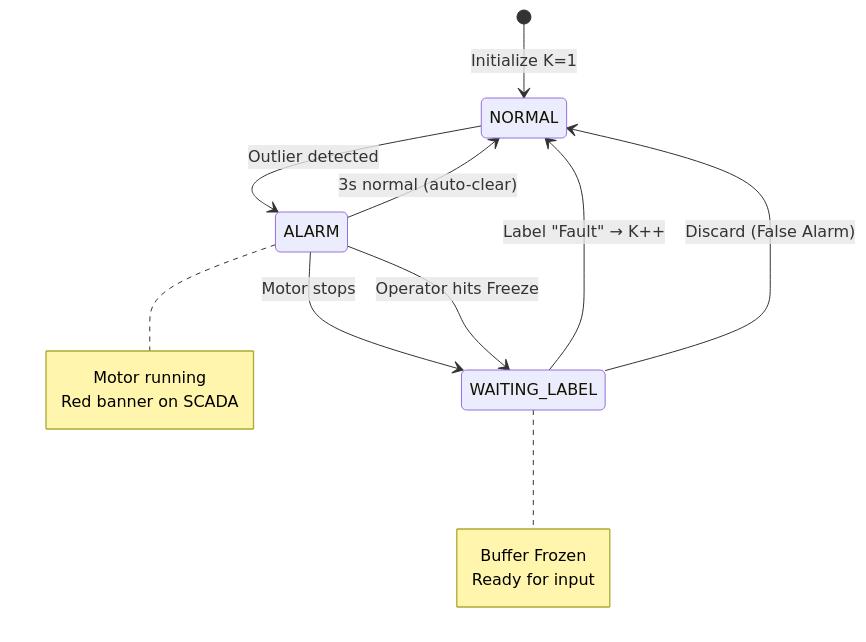
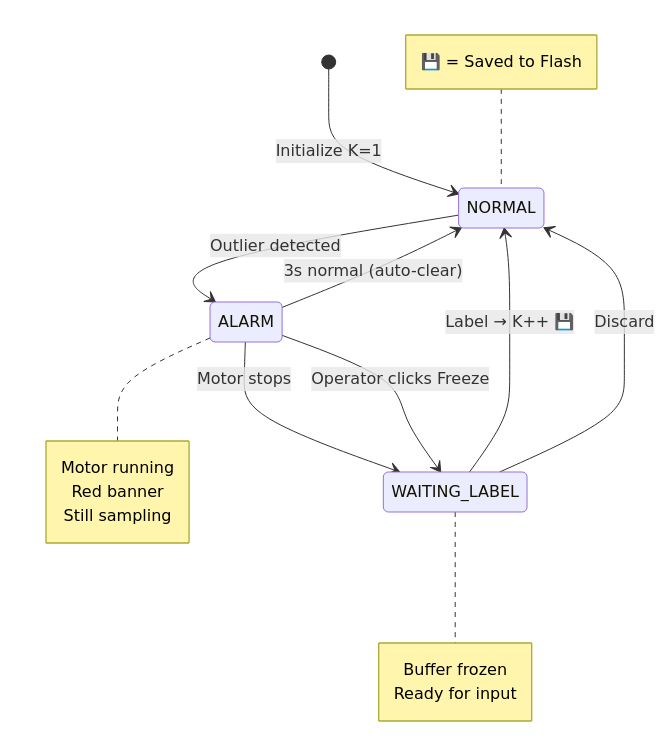
The fifth of 8 diagrams in slidev/slides.md (leekaize/tinyol-hitl), drawn with Mermaid before and after one commit. The commit also changed other lines of this file and 7 other files, not shown here.

````diff
--- a/slidev/slides.md
+++ b/slidev/slides.md
@@ -262,16 +263,18 @@
 ```mermaid
 stateDiagram-v2
     [*] --> NORMAL: Initialize K=1
 
     NORMAL --> ALARM: Outlier detected
-    note right of ALARM: Motor running<br/>Red banner on SCADA
+    note right of ALARM: Motor running<br/>Red banner<br/>Still sampling
 
     ALARM --> NORMAL: 3s normal (auto-clear)
 
     ALARM --> WAITING_LABEL: Motor stops
-    ALARM --> WAITING_LABEL: Operator hits Freeze
-    note right of WAITING_LABEL: Buffer Frozen<br/>Ready for input
+    ALARM --> WAITING_LABEL: Operator clicks Freeze
+    note right of WAITING_LABEL: Buffer frozen<br/>Ready for input
 
-    WAITING_LABEL --> NORMAL: Label "Fault" → K++
-    WAITING_LABEL --> NORMAL: Discard (False Alarm)
+    WAITING_LABEL --> NORMAL: Label → K++ 💾
+    WAITING_LABEL --> NORMAL: Discard
+
+    note left of NORMAL: 💾 = Saved to Flash
 ```
````
